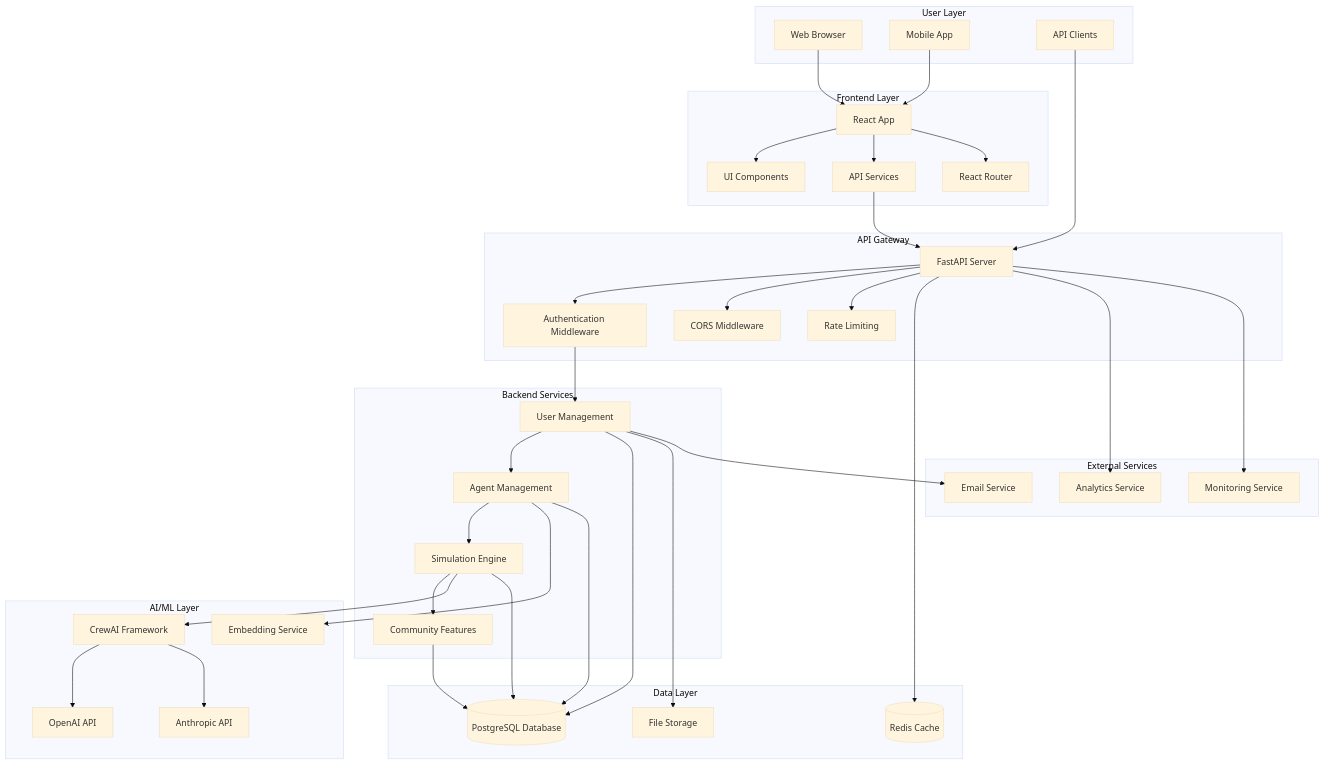
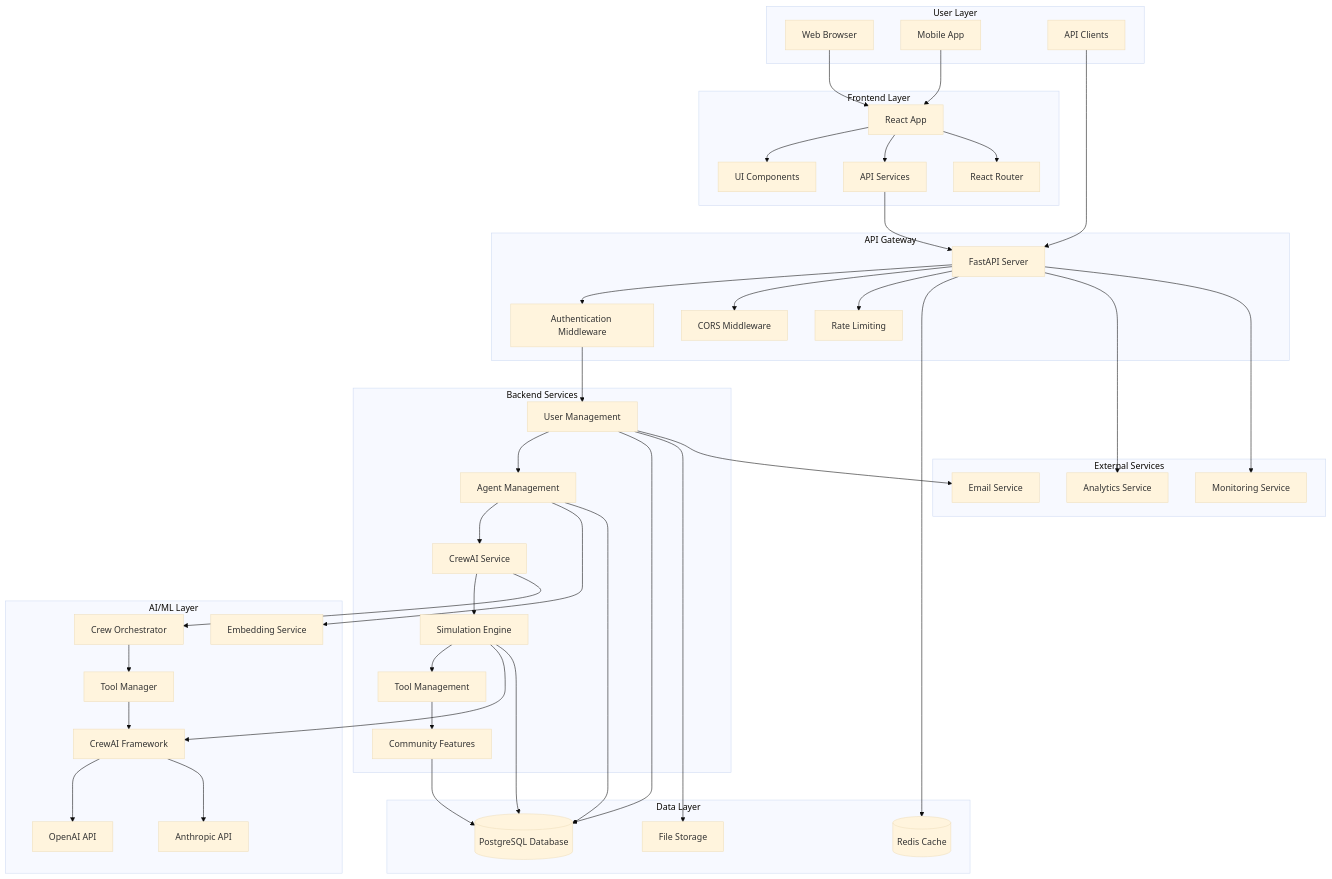
Before and after one commit to Sbcoit/forked-ai-agent-education-platform: the first of 9 diagrams in backend/docs/architecture/system-overview.md, drawn with Mermaid (base theme). The commit also changed other lines of this file and 21 other files, not shown here.

First line of the commit message:
Major Architecture Update: CrewAI Alignment & Database Fixes

```diff
--- a/backend/docs/architecture/system-overview.md
+++ b/backend/docs/architecture/system-overview.md
@@ -31,12 +33,16 @@
     subgraph "Backend Services"
         USER_SERVICE[User Management]
         AGENT_SERVICE[Agent Management]
+        CREW_SERVICE[CrewAI Service]
         SIMULATION_SERVICE[Simulation Engine]
+        TOOL_SERVICE[Tool Management]
         COMMUNITY_SERVICE[Community Features]
     end
     
     subgraph "AI/ML Layer"
         CREWAI[CrewAI Framework]
+        CREW_ORCHESTRATOR[Crew Orchestrator]
+        TOOL_MANAGER[Tool Manager]
         OPENAI[OpenAI API]
         ANTHROPIC[Anthropic API]
         EMBEDDING[Embedding Service]
@@ -69,10 +75,15 @@
     
     AUTH --> USER_SERVICE
     USER_SERVICE --> AGENT_SERVICE
-    AGENT_SERVICE --> SIMULATION_SERVICE
-    SIMULATION_SERVICE --> COMMUNITY_SERVICE
+    AGENT_SERVICE --> CREW_SERVICE
+    CREW_SERVICE --> SIMULATION_SERVICE
+    SIMULATION_SERVICE --> TOOL_SERVICE
+    TOOL_SERVICE --> COMMUNITY_SERVICE
     
     SIMULATION_SERVICE --> CREWAI
+    CREW_SERVICE --> CREW_ORCHESTRATOR
+    CREW_ORCHESTRATOR --> TOOL_MANAGER
+    TOOL_MANAGER --> CREWAI
     CREWAI --> OPENAI
     CREWAI --> ANTHROPIC
     AGENT_SERVICE --> EMBEDDING
```
